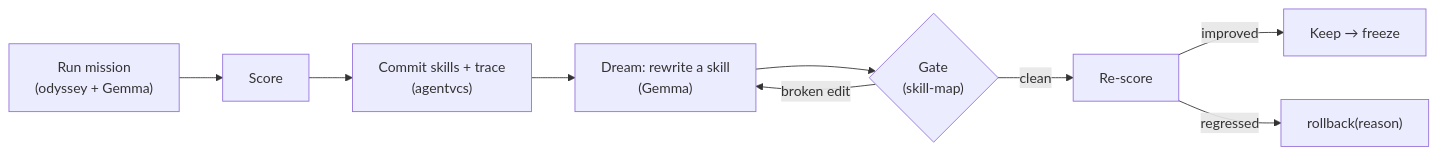
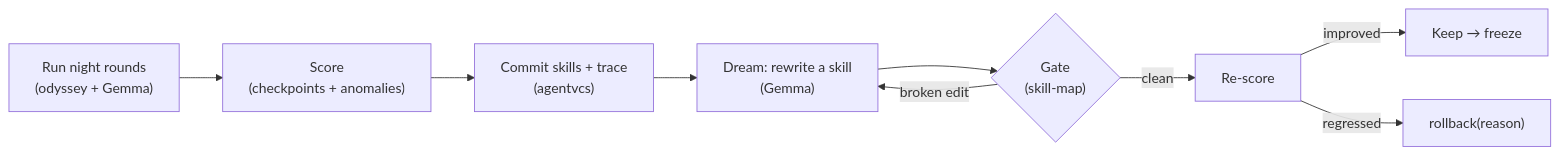
One commit to EvolvingAgentsLabs/evolving-robot changed the diagram in README.md. Above: the diagram before and after it, drawn with Mermaid. The commit also changed other lines of this file and 35 other files, not shown here.

````diff
--- a/README.md
+++ b/README.md
@@ -16,11 +38,11 @@
 ```mermaid
 flowchart LR
-    A["Run mission<br/>(odyssey + Gemma)"] --> B["Score"]
+    A["Run night rounds<br/>(odyssey + Gemma)"] --> B["Score<br/>(checkpoints + anomalies)"]
     B --> C["Commit skills + trace<br/>(agentvcs)"]
     C --> D["Dream: rewrite a skill<br/>(Gemma)"]
     D --> E{"Gate<br/>(skill-map)"}
     E -- "broken edit" --> D
     E -- "clean" --> F["Re-score"]
     F -- "improved" --> G["Keep → freeze"]
     F -- "regressed" --> H["rollback(reason)"]
 ```
````
